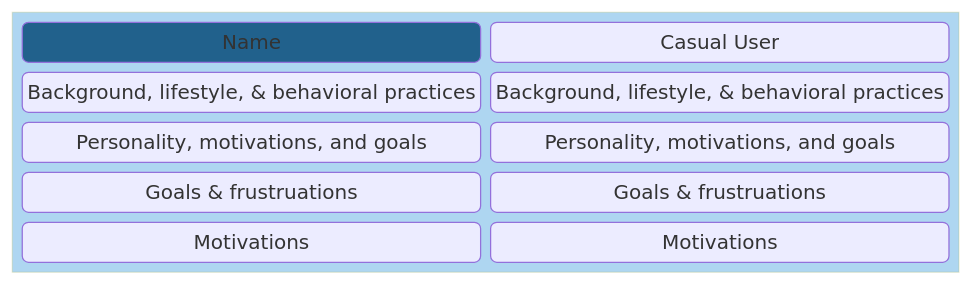
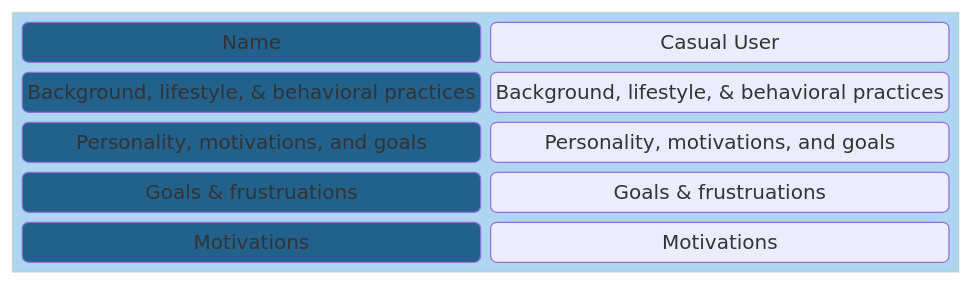
One commit to chingu-voyages/Handbook changed the second of 2 diagrams in docs/resources/techresources/uiux.md. Above: the diagram before and after it, drawn with Mermaid.

Commit message:
Feature: Add persona template

````diff
--- a/docs/resources/techresources/uiux.md
+++ b/docs/resources/techresources/uiux.md
@@ -92,20 +92,23 @@
 ```mermaid
 block-beta
   columns 1
   block:TEMPLATE
     columns 2
     NAME("Name")
     VNAME("Casual User")
     DEMOGRAPHICS("Background, lifestyle, & behavioral practices")
     VDEMOGRAPHICS("Background, lifestyle, & behavioral practices")
     ARCHETYPES("Personality, motivations, and goals")
     VARCHETYPES("Personality, motivations, and goals")
     GOALS("Goals & frustruations")
     VGOALS("Goals & frustruations")
     MOTIVATIONS("Motivations")
     VMOTIVATIONS("Motivations")
   end
   style TEMPLATE fill:#aed6f1
   style NAME fill:#21618c
-  style VNAME font-style:italic
+  style DEMOGRAPHICS fill:#21618c
+  style ARCHETYPES fill:#21618c
+  style GOALS fill:#21618c
+  style MOTIVATIONS fill:#21618c
 ```
````
